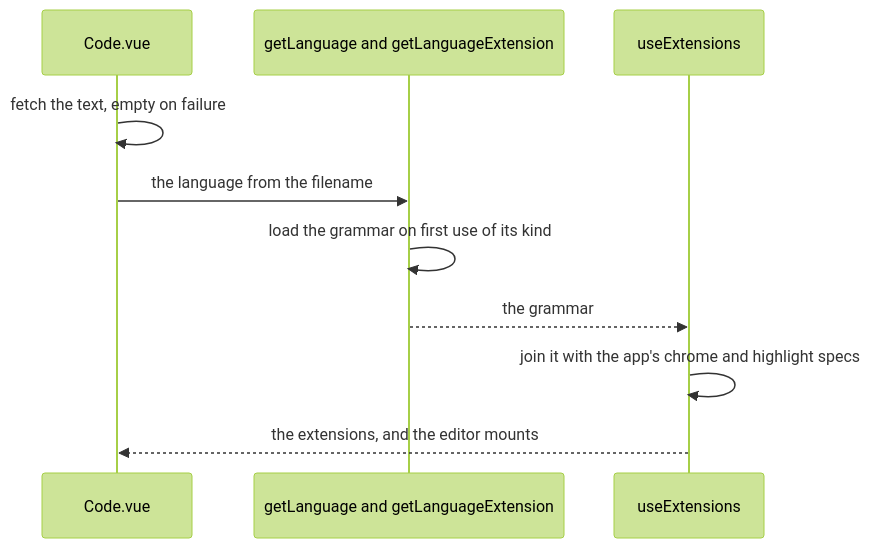
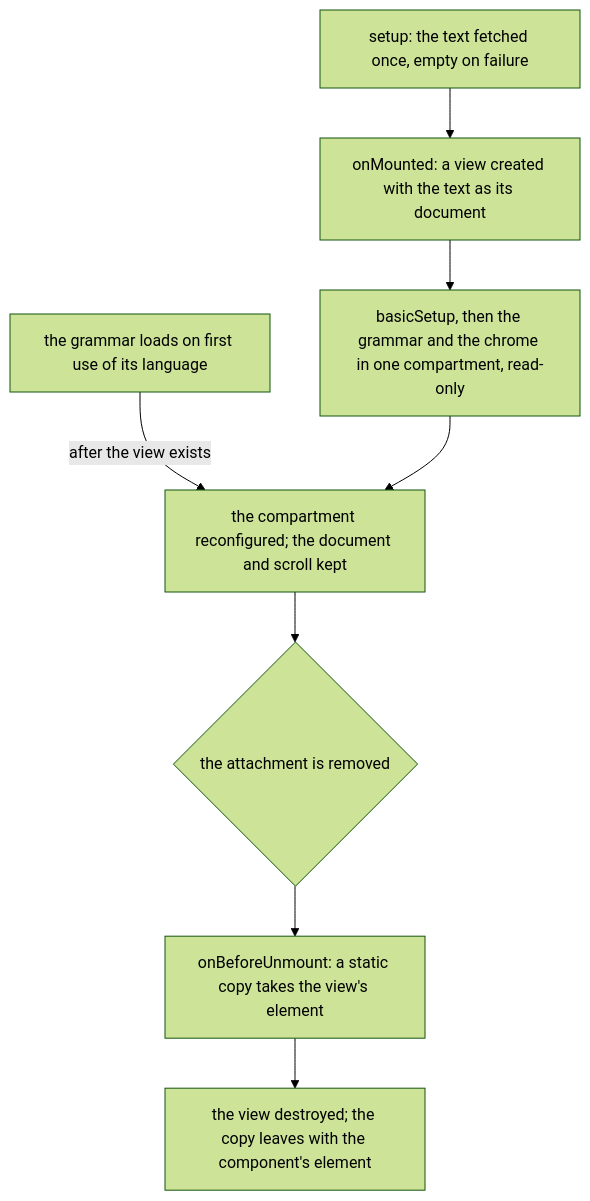
Before and after one commit to Esposter/Esposter: the diagram in openspec/specs/esbabbler/code-viewer/design.md, drawn with Mermaid (forest theme). The commit also changed other lines of this file and 1 other file, not shown here.

First line of the commit message:
docs(esbabbler): the code viewer as built, with the vue-codemirror verdicts

````diff
--- a/openspec/specs/esbabbler/code-viewer/design.md
+++ b/openspec/specs/esbabbler/code-viewer/design.md
@@ -7,12 +7,10 @@
 ```mermaid
-sequenceDiagram
-  participant Code as Code.vue
-  participant Lang as getLanguage and getLanguageExtension
-  participant Use as useExtensions
-  Code->>Code: fetch the text, empty on failure
-  Code->>Lang: the language from the filename
-  Lang->>Lang: load the grammar on first use of its kind
-  Lang-->>Use: the grammar
-  Use->>Use: join it with the app's chrome and highlight specs
-  Use-->>Code: the extensions, and the editor mounts
+flowchart TD
+  F["setup: the text fetched once, empty on failure"] --> M["onMounted: a view created with the text as its document"]
+  M --> C["basicSetup, then the grammar and the chrome in one compartment, read-only"]
+  G["the grammar loads on first use of its language"] -->|"after the view exists"| R["the compartment reconfigured; the document and scroll kept"]
+  C --> R
+  R --> U{"the attachment is removed"}
+  U --> S["onBeforeUnmount: a static copy takes the view's element"]
+  S --> D["the view destroyed; the copy leaves with the component's element"]
 ```
````
